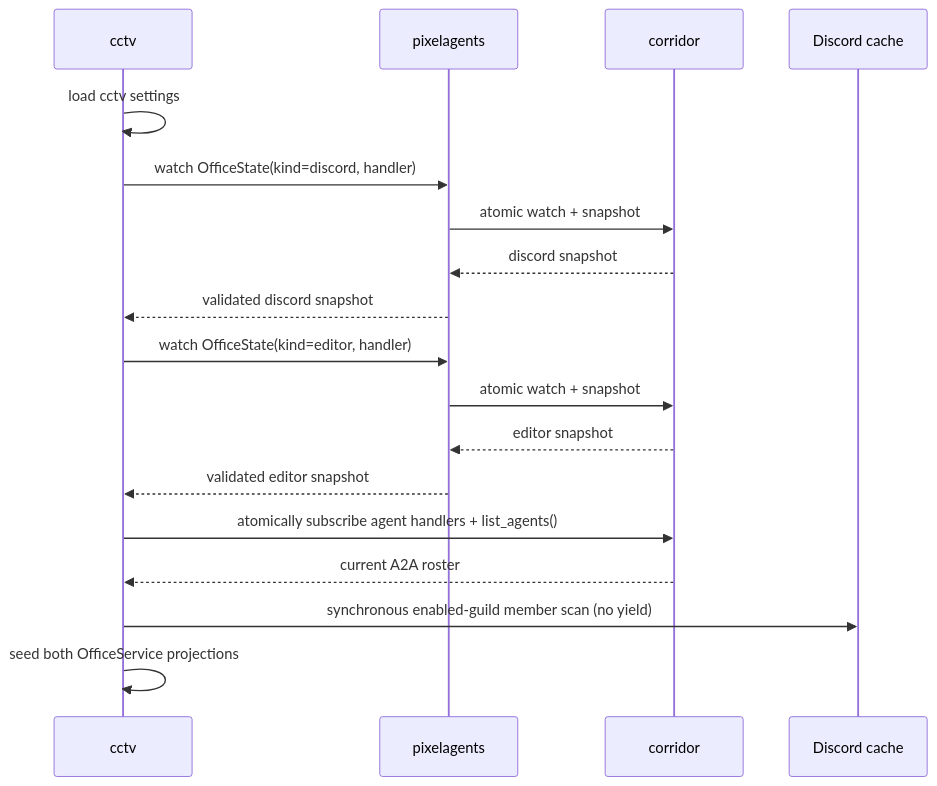
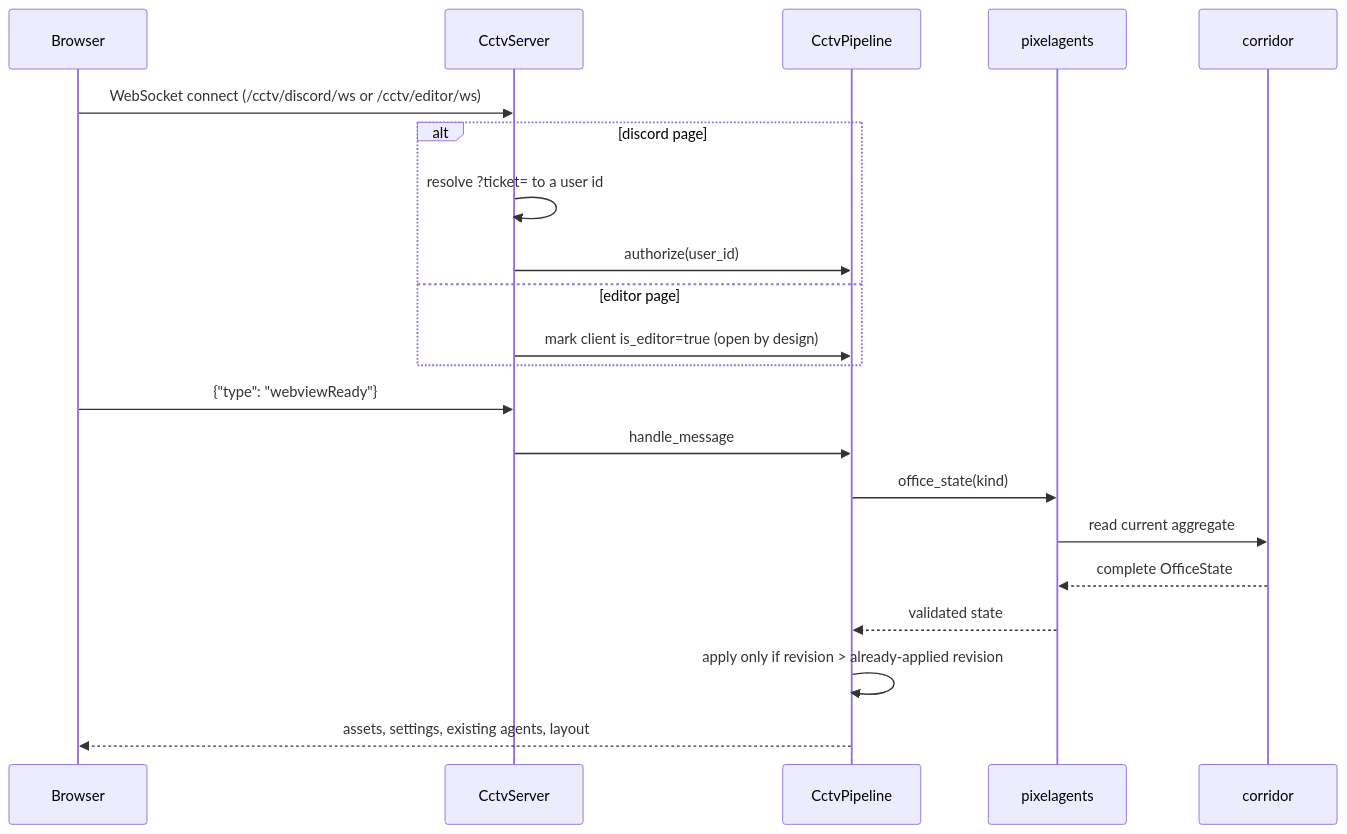
One commit to pixel-agents-hq/pixel-agents-cogs changed the second of 6 diagrams in docs/cctv-design.md. Above: the diagram before and after it, drawn with Mermaid. The commit also changed other lines of this file and 39 other files, not shown here.

````diff
--- a/docs/cctv-design.md
+++ b/docs/cctv-design.md
@@ -357,21 +192,24 @@
 ```mermaid
 sequenceDiagram
-    participant C as cctv
-    participant P as pixelagents
-    participant R as corridor
-    participant D as Discord cache
+    participant B as Browser
+    participant S as CctvServer
+    participant Pi as CctvPipeline
+    participant PA as pixelagents
+    participant Co as corridor
 
-    C->>C: load cctv settings
-    C->>P: watch OfficeState(kind=discord, handler)
-    P->>R: atomic watch + snapshot
-    R-->>P: discord snapshot
-    P-->>C: validated discord snapshot
-    C->>P: watch OfficeState(kind=editor, handler)
-    P->>R: atomic watch + snapshot
-    R-->>P: editor snapshot
-    P-->>C: validated editor snapshot
-    C->>R: atomically subscribe agent handlers + list_agents()
-    R-->>C: current A2A roster
-    C->>D: synchronous enabled-guild member scan (no yield)
-    C->>C: seed both OfficeService projections
+    B->>S: WebSocket connect (/cctv/discord/ws or /cctv/editor/ws)
+    alt discord page
+        S->>S: resolve ?ticket= to a user id
+        S->>Pi: authorize(user_id)
+    else editor page
+        S->>Pi: mark client is_editor=true (open by design)
+    end
+    B->>S: {"type": "webviewReady"}
+    S->>Pi: handle_message
+    Pi->>PA: office_state(kind)
+    PA->>Co: read current aggregate
+    Co-->>PA: complete OfficeState
+    PA-->>Pi: validated state
+    Pi->>Pi: apply only if revision > already-applied revision
+    Pi-->>B: assets, settings, existing agents, layout
 ```
````
